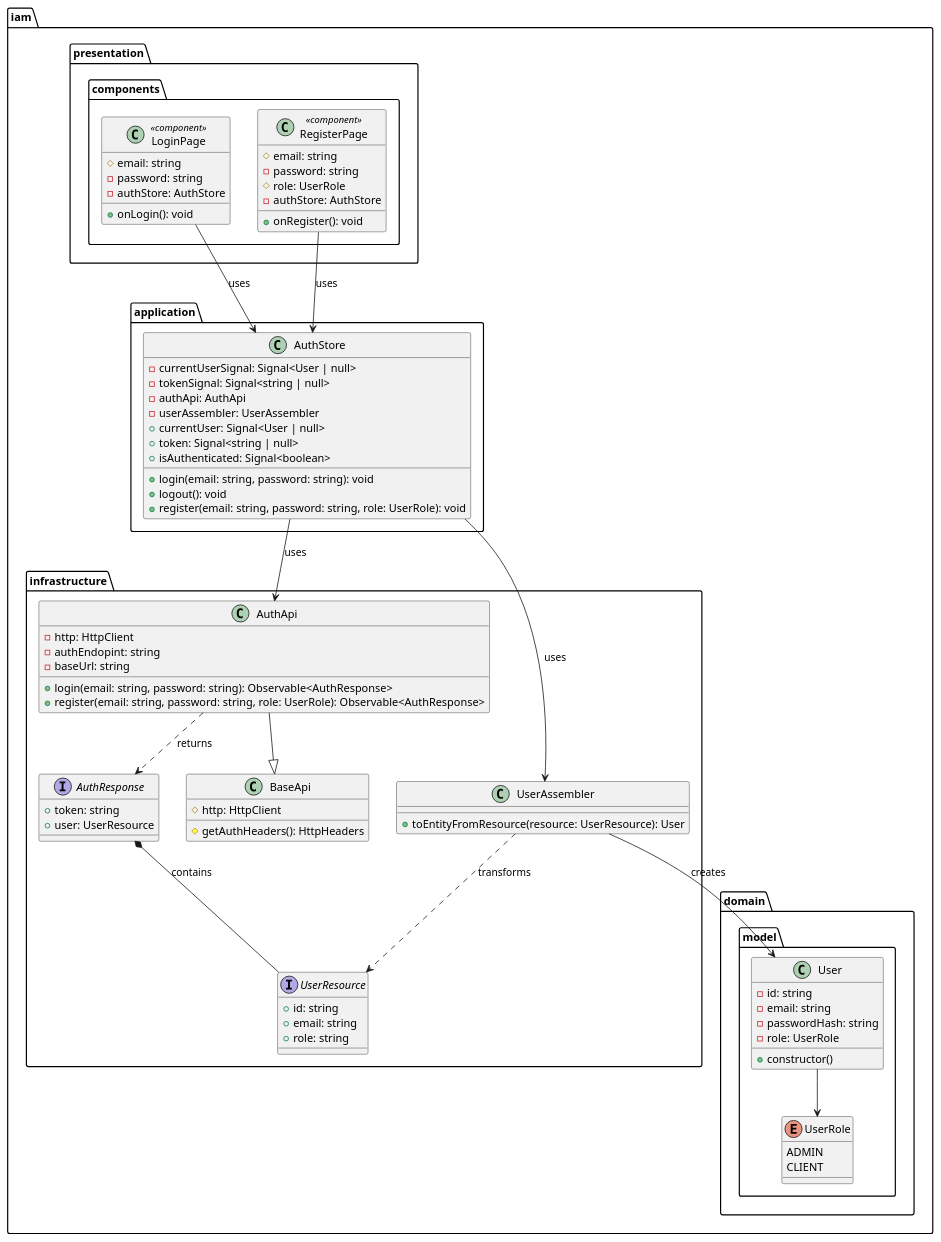
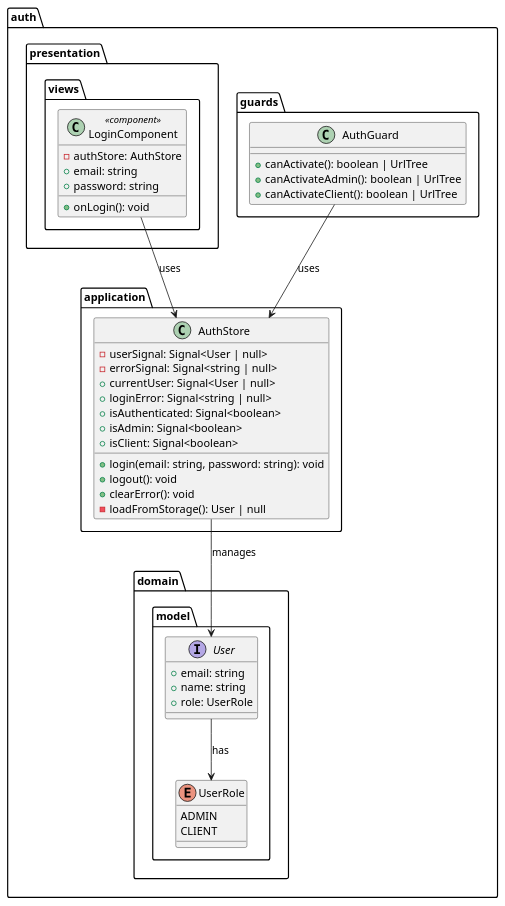
One commit to SpotTrack-1ASI0729-2610-11881/spottrack-report changed the diagram in docs/class-diagrams-frontend/class-diagram-auth.puml. Above: the diagram before and after it, drawn with PlantUML. The commit also changed 13 other files, not shown here.

Commit message:
docs: update class diagrams frontend

```diff
--- a/docs/class-diagrams-frontend/class-diagram-auth.puml
+++ b/docs/class-diagrams-frontend/class-diagram-auth.puml
@@ -1,86 +1,54 @@
 @startuml BC-01_IAM
 
-package "iam.domain.model" {
-  class User {
-    - id: string
-    - email: string
-    - passwordHash: string
-    - role: UserRole
-    + constructor()
+package "auth.domain.model" {
+  interface User {
+    + email: string
+    + name: string
+    + role: UserRole
   }
+
   enum UserRole {
     ADMIN
     CLIENT
   }
 }
 
-package "iam.application" {
+package "auth.application" {
   class AuthStore {
-    - currentUserSignal: Signal<User | null>
-    - tokenSignal: Signal<string | null>
-    - authApi: AuthApi
-    - userAssembler: UserAssembler
+    - userSignal: Signal<User | null>
+    - errorSignal: Signal<string | null>
     + currentUser: Signal<User | null>
-    + token: Signal<string | null>
+    + loginError: Signal<string | null>
     + isAuthenticated: Signal<boolean>
+    + isAdmin: Signal<boolean>
+    + isClient: Signal<boolean>
     + login(email: string, password: string): void
     + logout(): void
-    + register(email: string, password: string, role: UserRole): void
+    + clearError(): void
+    - loadFromStorage(): User | null
   }
 }
 
-package "iam.infrastructure" {
-  class AuthApi {
-    - http: HttpClient
-    - authEndopint: string
-    - baseUrl: string
-    + login(email: string, password: string): Observable<AuthResponse>
-    + register(email: string, password: string, role: UserRole): Observable<AuthResponse>
-  }
-  interface AuthResponse {
-    + token: string
-    + user: UserResource
-  }
-  interface UserResource {
-    + id: string
-    + email: string
-    + role: string
-  }
-  class UserAssembler {
-    + toEntityFromResource(resource: UserResource): User
-  }
-  class BaseApi {
-    # http: HttpClient
-    # getAuthHeaders(): HttpHeaders
-  }
-
-
-}
-
-package "iam.presentation.components" {
-  class LoginPage <<component>> {
-    # email: string
-    - password: string
-    - authStore: AuthStore
-    + onLogin(): void
-  }
-  class RegisterPage <<component>> {
-    # email: string
-    - password: string
-    # role: UserRole
-    - authStore: AuthStore
-    + onRegister(): void
+package "auth.guards" {
+  class AuthGuard {
+    + canActivate(): boolean | UrlTree
+    + canActivateAdmin(): boolean | UrlTree
+    + canActivateClient(): boolean | UrlTree
   }
 }
 
-AuthApi --|> BaseApi
-AuthApi ..> AuthResponse : returns
-AuthResponse *-- UserResource : contains
-AuthStore --> AuthApi : uses
-AuthStore --> UserAssembler : uses
-UserAssembler ..> UserResource : transforms
-UserAssembler --> User : creates
-LoginPage --> AuthStore : uses
-RegisterPage --> AuthStore : uses
-User --> UserRole
+package "auth.presentation.views" {
+  class LoginComponent <<component>> {
+    - authStore: AuthStore
+    + email: string
+    + password: string
+    + onLogin(): void
+  }
+}
+
+AuthStore --> User : manages
+User --> UserRole : has
+LoginComponent --> AuthStore : uses
+AuthGuard --> AuthStore : uses
+
 @enduml
```
